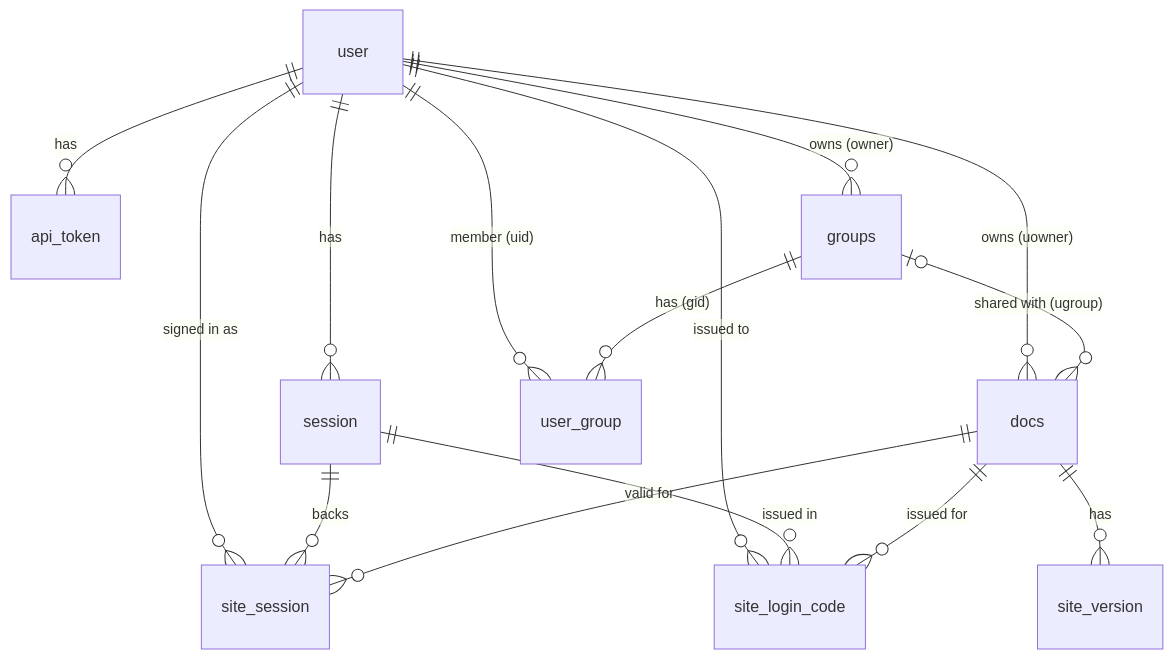
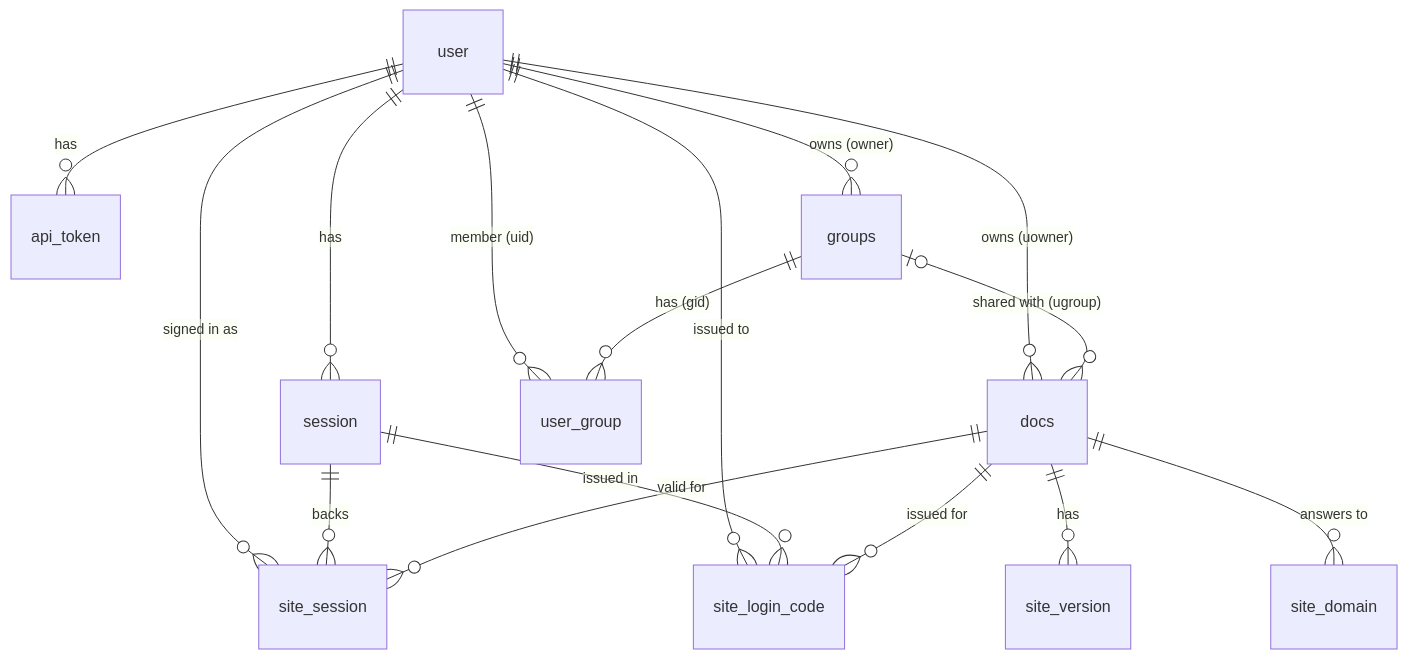
The diagram in docs/schema.md (gira0/open-pages), drawn with Mermaid before and after one commit. The commit also changed other lines of this file and 34 other files, not shown here.

````diff
--- a/docs/schema.md
+++ b/docs/schema.md
@@ -14,17 +14,18 @@
 ```mermaid
 erDiagram
     user ||--o{ session : "has"
     user ||--o{ site_session : "signed in as"
     user ||--o{ site_login_code : "issued to"
     session ||--o{ site_session : "backs"
     session ||--o{ site_login_code : "issued in"
     docs ||--o{ site_session : "valid for"
     docs ||--o{ site_login_code : "issued for"
     user ||--o{ api_token : "has"
     user ||--o{ groups : "owns (owner)"
     docs ||--o{ site_version : "has"
+    docs ||--o{ site_domain : "answers to"
     user ||--o{ docs : "owns (uowner)"
     user ||--o{ user_group : "member (uid)"
     groups ||--o{ user_group : "has (gid)"
     groups |o--o{ docs : "shared with (ugroup)"
 ```
````
